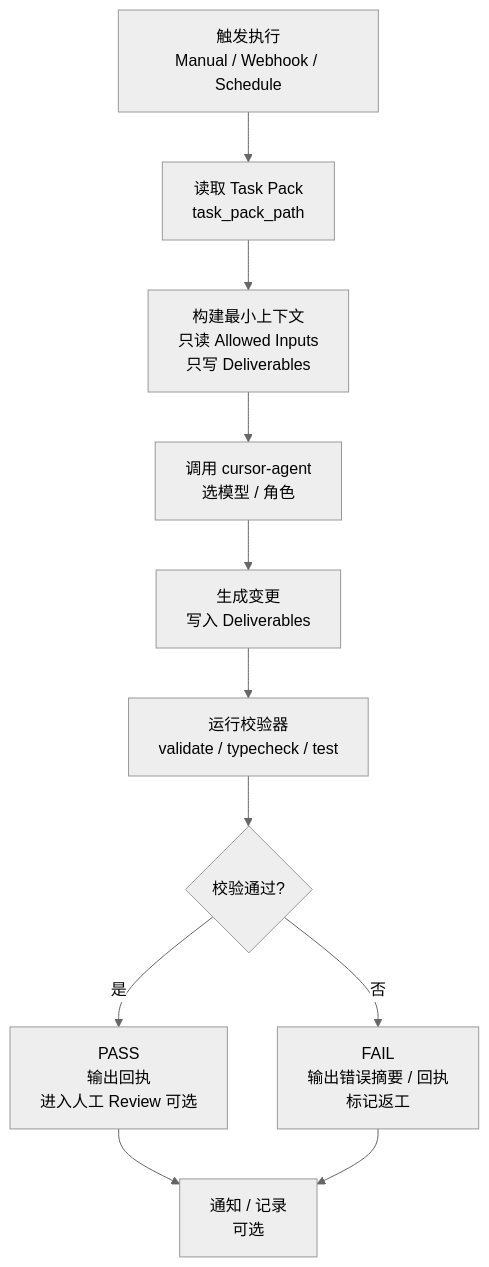
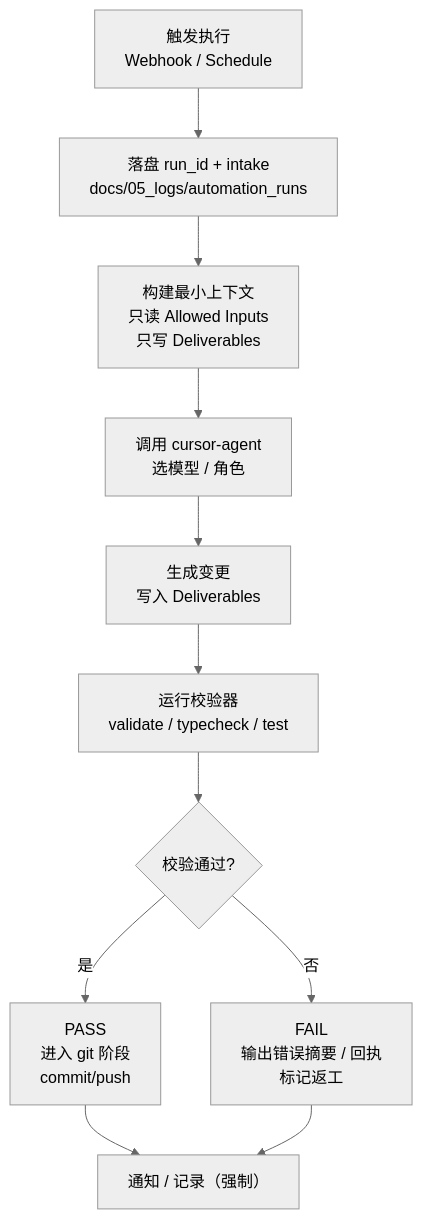
One commit to angelash/Footnote changed the second of 4 diagrams in docs/02_specs/pipelines/n8n_cursor_cli_overview.md. Above: the diagram before and after it, drawn with Mermaid (neutral theme). The commit also changed other lines of this file and 5 other files, not shown here.

````diff
--- a/docs/02_specs/pipelines/n8n_cursor_cli_overview.md
+++ b/docs/02_specs/pipelines/n8n_cursor_cli_overview.md
@@ -93,13 +104,13 @@
 ```mermaid
 flowchart TD
-  A[触发执行<br/>Manual / Webhook / Schedule] --> B[读取 Task Pack<br/>task_pack_path]
+  A[触发执行<br/>Webhook / Schedule] --> B[落盘 run_id + intake<br/>docs/05_logs/automation_runs]
   B --> C[构建最小上下文<br/>只读 Allowed Inputs<br/>只写 Deliverables]
   C --> D[调用 cursor-agent<br/>选模型 / 角色]
   D --> E[生成变更<br/>写入 Deliverables]
   E --> F[运行校验器<br/>validate / typecheck / test]
   F --> G{校验通过?}
   G -- 否 --> H[FAIL<br/>输出错误摘要 / 回执<br/>标记返工]
-  G -- 是 --> I[PASS<br/>输出回执<br/>进入人工 Review 可选]
-  I --> J[通知 / 记录<br/>可选]
+  G -- 是 --> I[PASS<br/>进入 git 阶段<br/>commit/push]
+  I --> J[通知 / 记录（强制）]
   H --> J
 ```
````
